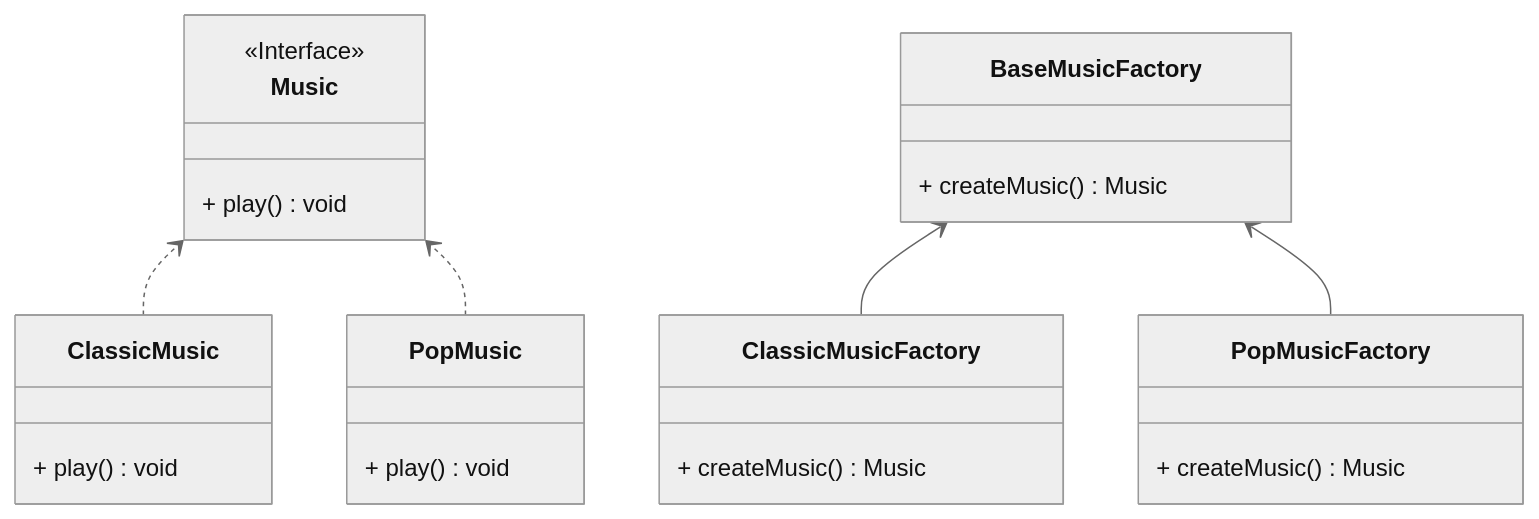
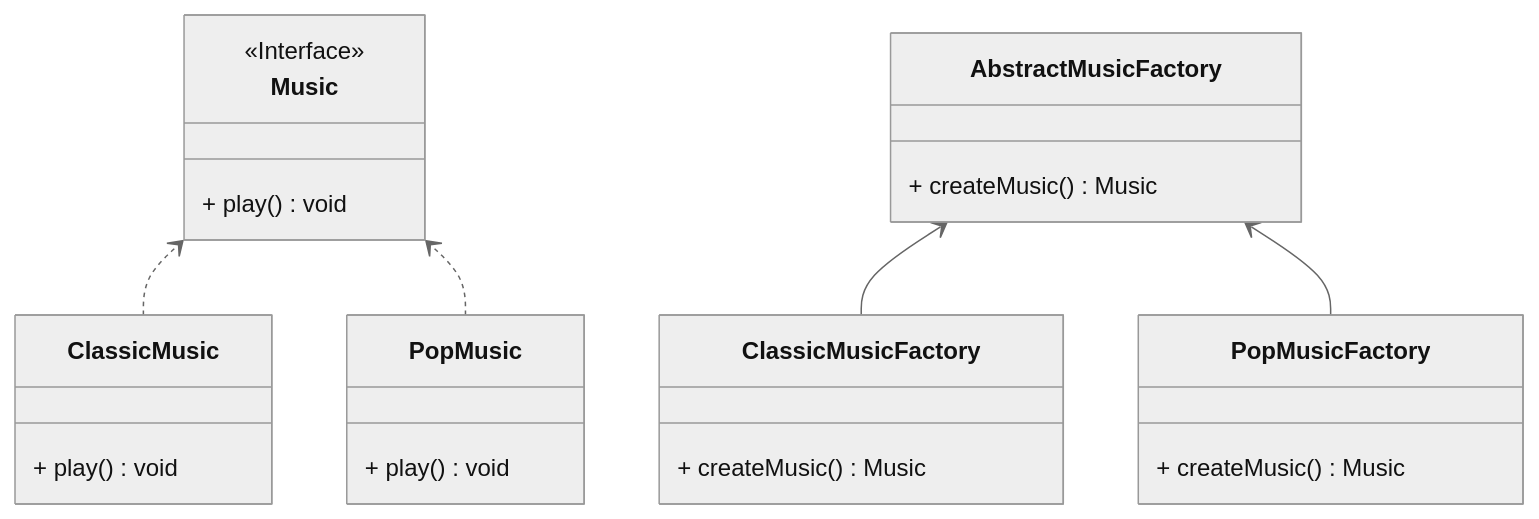
The first of 2 diagrams in README.md (shangruobing/design-patterns), drawn with Mermaid (neutral theme) before and after one commit. The commit also changed other lines of this file and 20 other files, not shown here.

Commit message:
Learned the Abstract Factory.

````diff
--- a/README.md
+++ b/README.md
@@ -86,28 +88,28 @@
 ```mermaid
 classDiagram
 direction BT
-class BaseMusicFactory {
+class AbstractMusicFactory {
   + createMusic() Music
 }
 class ClassicMusic {
   + play() void
 }
 class ClassicMusicFactory {
   + createMusic() Music
 }
 class Music {
 <<Interface>>
   + play() void
 }
 class PopMusic {
   + play() void
 }
 class PopMusicFactory {
   + createMusic() Music
 }
 
 ClassicMusic  ..>  Music 
-ClassicMusicFactory  -->  BaseMusicFactory 
+ClassicMusicFactory  -->  AbstractMusicFactory 
 PopMusic  ..>  Music 
-PopMusicFactory  -->  BaseMusicFactory
+PopMusicFactory  -->  AbstractMusicFactory
 ```
````
